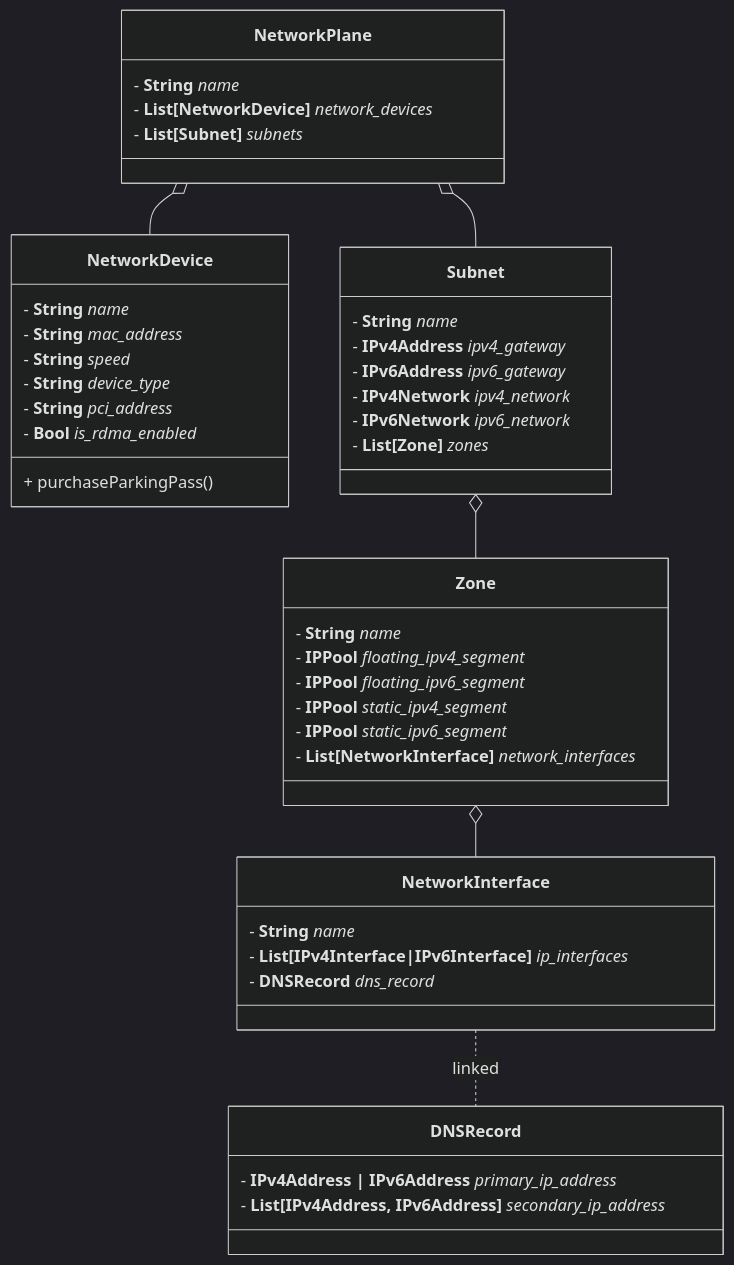
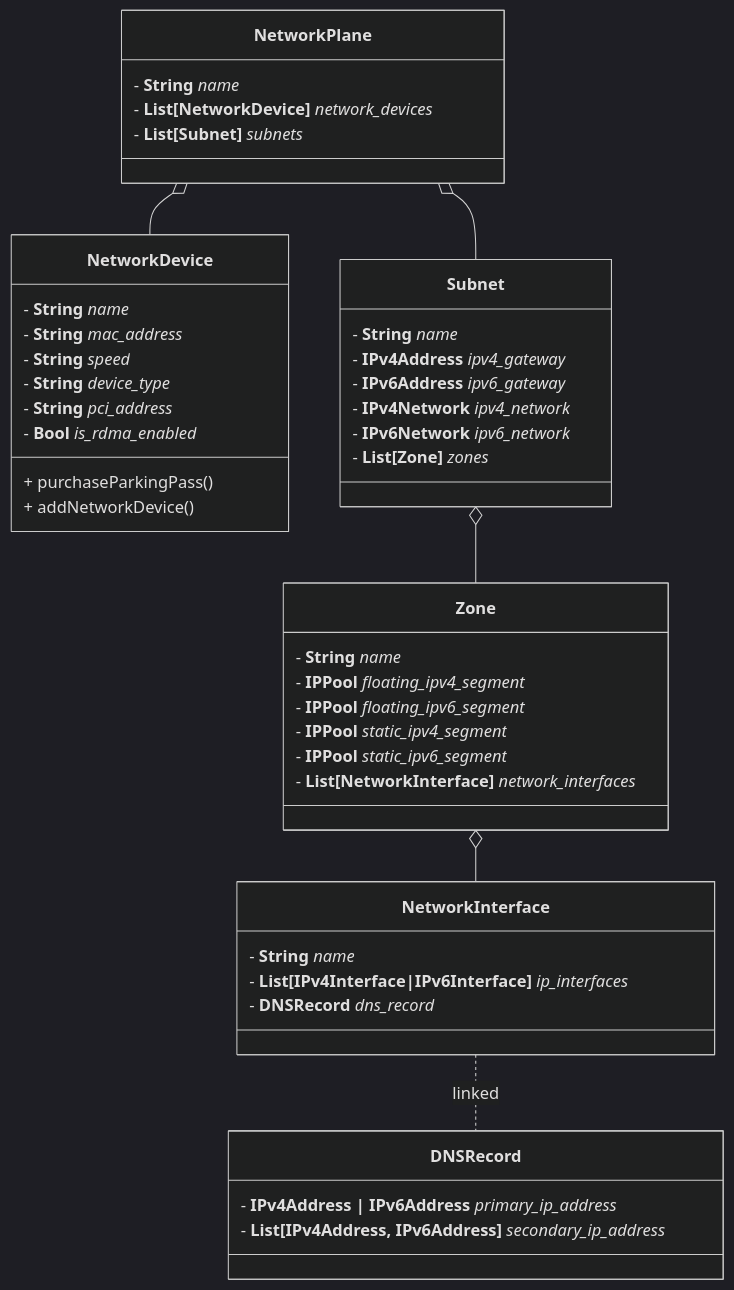
One commit to Cryingmouse/smartiq-docs changed the diagram in docs/domain_model/network.md. Above: the diagram before and after it, drawn with Mermaid (dark theme).

Commit message:
minor change in nav

````diff
--- a/docs/domain_model/network.md
+++ b/docs/domain_model/network.md
@@ -3,54 +3,55 @@
 ``` mermaid
 classDiagram
   class NetworkDevice {
     - **String** _name_
     - **String** _mac_address_
     - **String** _speed_
     - **String** _device_type_
     - **String** _pci_address_
     - **Bool** _is_rdma_enabled_
     + purchaseParkingPass()
+    + addNetworkDevice()
   }
   
   class DNSRecord {
     - **IPv4Address | IPv6Address** _primary_ip_address_
     - **List[IPv4Address, IPv6Address]** _secondary_ip_address_
   }
   
   class NetworkInterface {
     - **String** _name_
     - **List[IPv4Interface|IPv6Interface]** _ip_interfaces_
     - **DNSRecord** _dns_record_
   }
   
   class Zone {
     - **String** _name_
     - **IPPool** _floating_ipv4_segment_
     - **IPPool** _floating_ipv6_segment_
     - **IPPool** _static_ipv4_segment_
     - **IPPool** _static_ipv6_segment_
     - **List[NetworkInterface]** _network_interfaces_
   }
   
   class Subnet {
     - **String** _name_
     - **IPv4Address** _ipv4_gateway_
     - **IPv6Address** _ipv6_gateway_
     - **IPv4Network** _ipv4_network_
     - **IPv6Network** _ipv6_network_
     - **List[Zone]** _zones_
   }
   
   class NetworkPlane {
     - **String** _name_
     - **List[NetworkDevice]** _network_devices_
     - **List[Subnet]** _subnets_
   }
   
   
   NetworkPlane o-- NetworkDevice
   NetworkInterface .. DNSRecord: linked
   Zone o-- NetworkInterface
   Subnet o-- Zone
   NetworkPlane o-- Subnet
 ```
````
